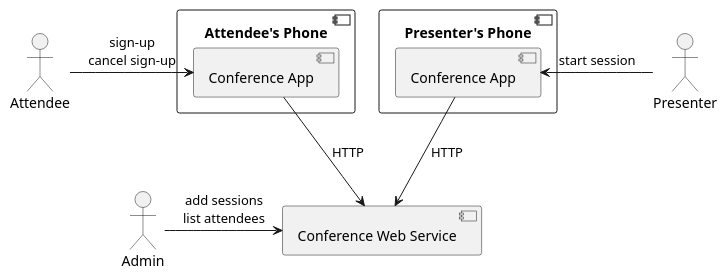
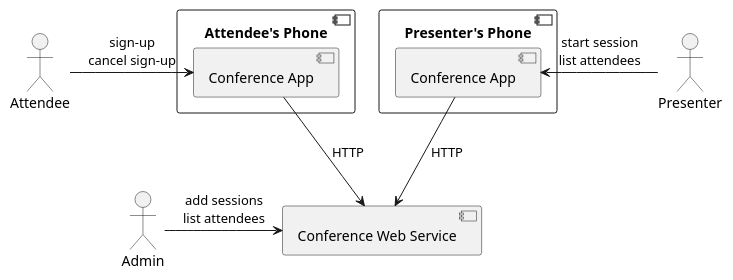
One commit to npryce/learn-you-a-kotlin changed the first of 3 diagrams in INSTRUCTIONS.part4.md. Above: the diagram before and after it, drawn with PlantUML.

Commit message:
Tweak diagram

````diff
--- a/INSTRUCTIONS.part4.md
+++ b/INSTRUCTIONS.part4.md
@@ -23,22 +23,22 @@
 ```plantuml
 :Attendee: as a
 :Presenter: as p
 :Admin: as b
 
 component "Attendee's Phone" as aPhone {
     component [Conference App] as aApp
 }
 component "Presenter's Phone" as pPhone {
     component [Conference App] as pApp
 }
 
 a -right-> aApp : "sign-up\ncancel sign-up"
-p -left-> pApp : "start session"
+p -left-> pApp : "start session\nlist attendees"
 
 component "Conference Web Service" as webService
 aApp -down-> webService : HTTP
 pApp -down-> webService : HTTP
 
 b -right-> webService : "add sessions\nlist attendees"
 
 ```
````
